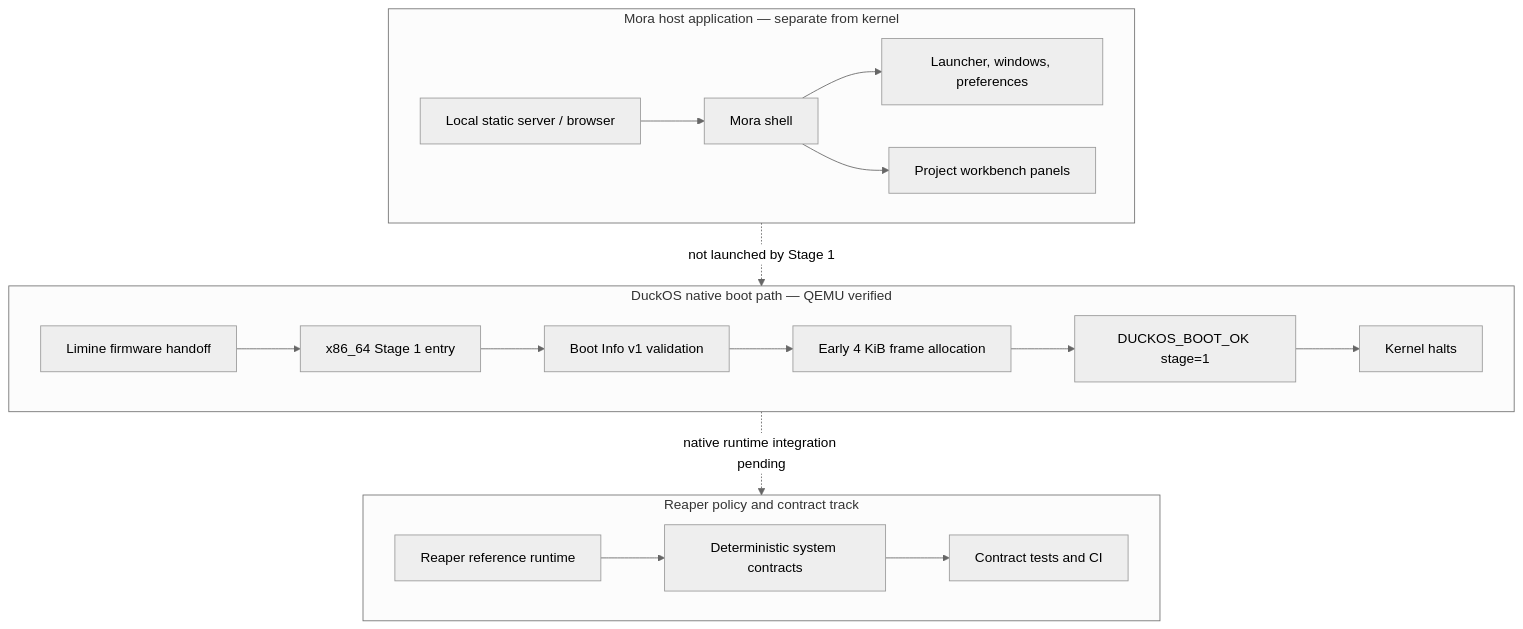
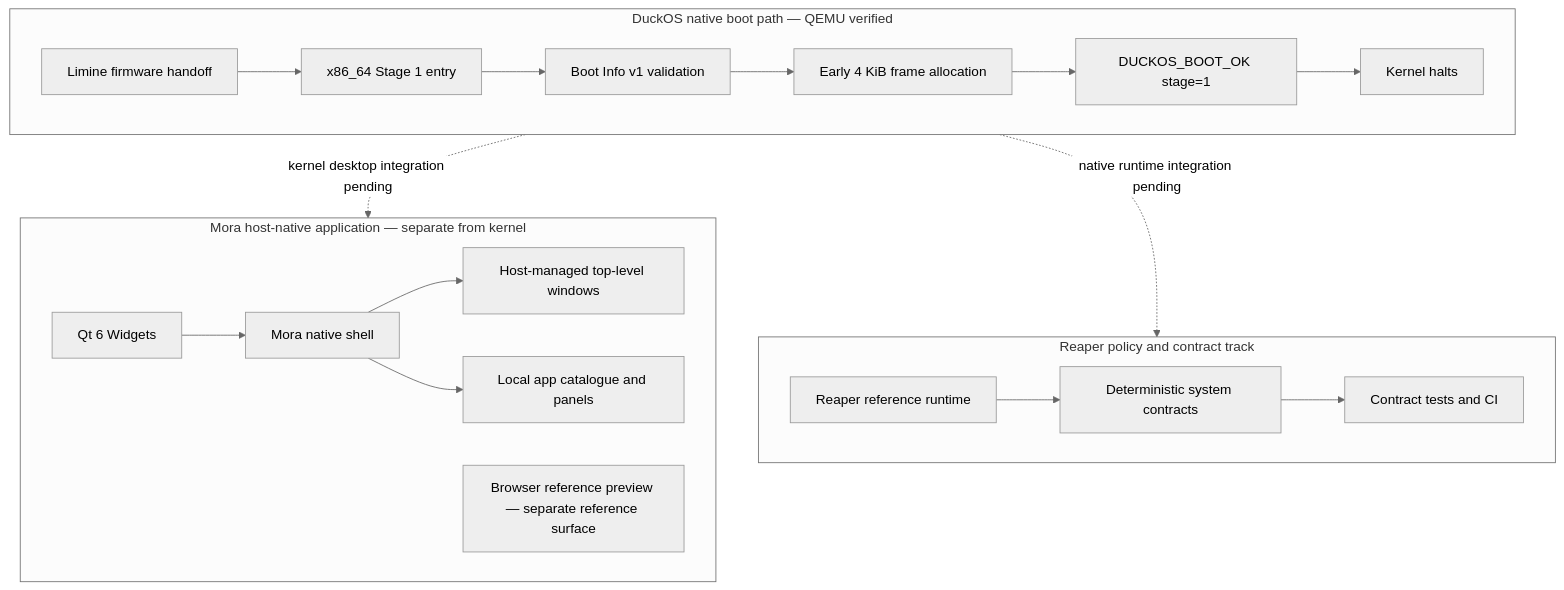
The diagram in README.md (Ivan-VHS/DAK), drawn with Mermaid (neutral theme) before and after one commit. The commit also changed other lines of this file and 10 other files, not shown here.

First line of the commit message:
feat(mora): add a host-native Qt desktop shell (#159)

````diff
--- a/README.md
+++ b/README.md
@@ -26,24 +26,25 @@
 ```mermaid
 flowchart TB
   subgraph BOOT["DuckOS native boot path — QEMU verified"]
     L["Limine firmware handoff"] --> B["x86_64 Stage 1 entry"]
     B --> V["Boot Info v1 validation"]
     V --> F["Early 4 KiB frame allocation"]
     F --> M["DUCKOS_BOOT_OK stage=1"]
     M --> H["Kernel halts"]
   end
 
   subgraph POLICY["Reaper policy and contract track"]
     R["Reaper reference runtime"] --> C["Deterministic system contracts"]
     C --> T["Contract tests and CI"]
   end
 
-  subgraph HOST["Mora host application — separate from kernel"]
-    W["Local static server / browser"] --> S["Mora shell"]
-    S --> A["Launcher, windows, preferences"]
-    S --> P["Project workbench panels"]
+  subgraph HOST["Mora host-native application — separate from kernel"]
+    Q["Qt 6 Widgets"] --> S["Mora native shell"]
+    S --> A["Host-managed top-level windows"]
+    S --> P["Local app catalogue and panels"]
+    W["Browser reference preview — separate reference surface"]
   end
 
+  BOOT -.->|kernel desktop integration pending| HOST
   BOOT -.->|native runtime integration pending| POLICY
-  HOST -.->|not launched by Stage 1| BOOT
 ```
````
